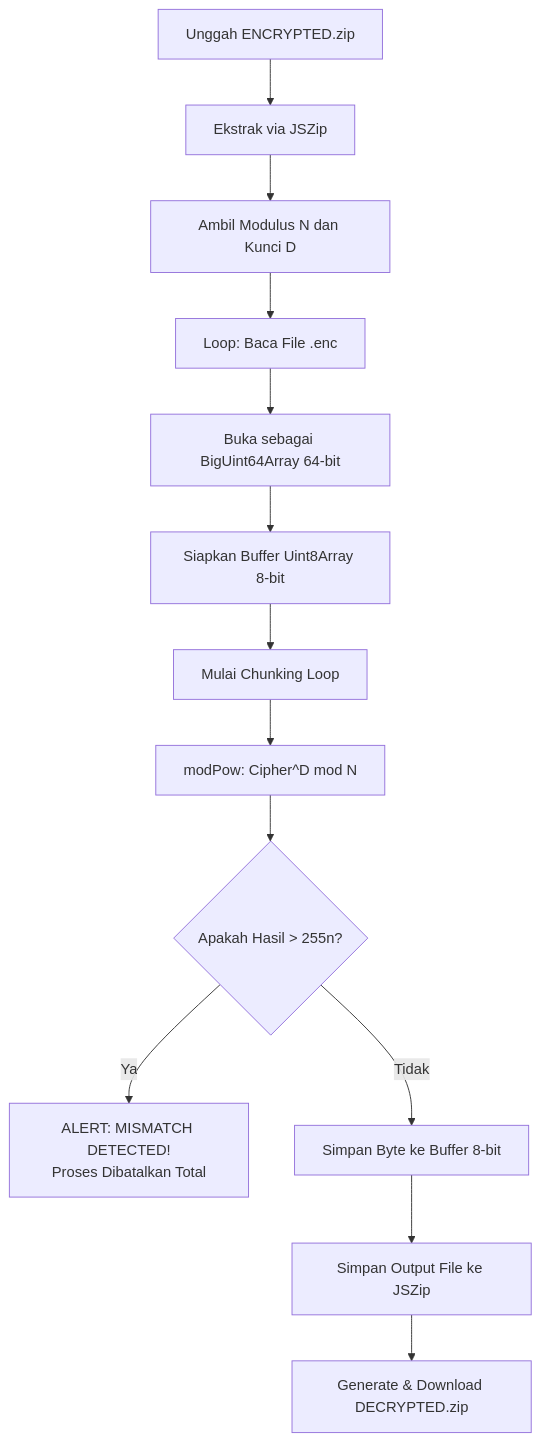
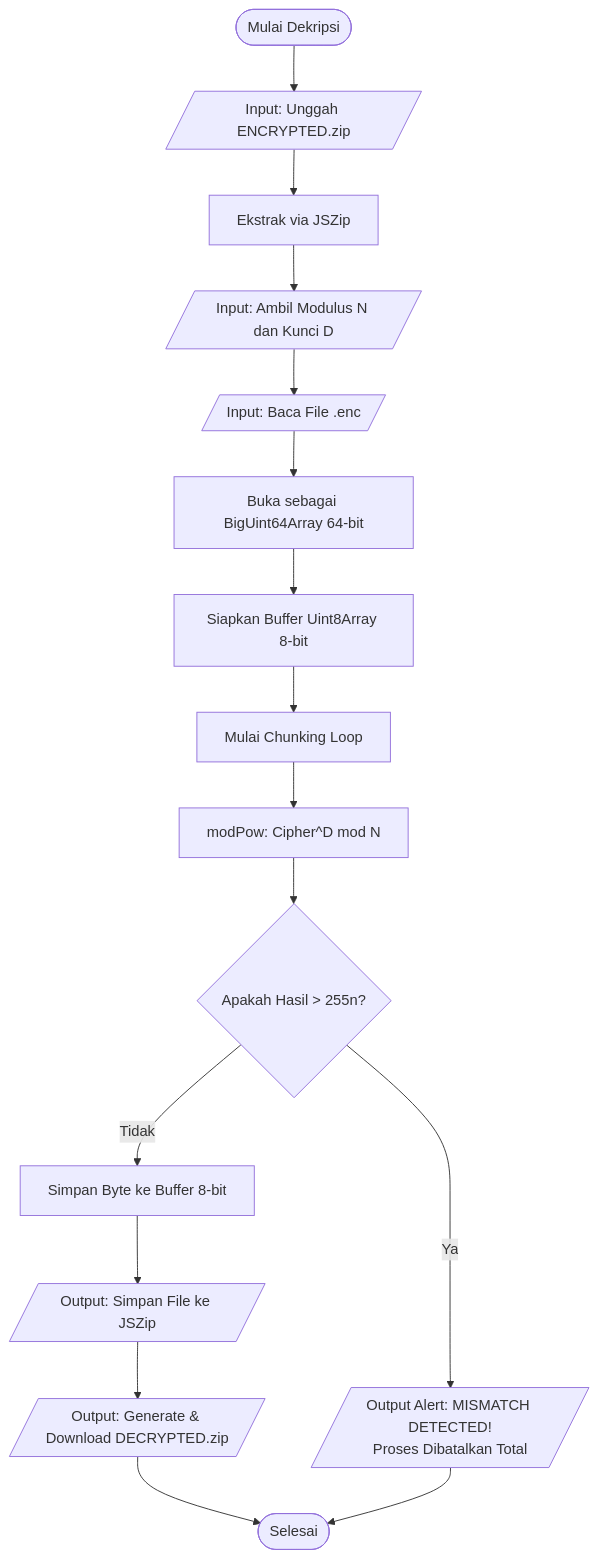
One commit to GrimmV26/BA-calculate-RSA changed the third of 3 diagrams in README.md. Above: the diagram before and after it, drawn with Mermaid. The commit also changed other lines of this file, not shown here.

````diff
--- a/README.md
+++ b/README.md
@@ -92,15 +91,18 @@
 ```mermaid
 graph TD
-    A[Unggah ENCRYPTED.zip] --> B[Ekstrak via JSZip]
-    B --> C[Ambil Modulus N dan Kunci D]
-    C --> D[Loop: Baca File .enc]
-    D --> E[Buka sebagai BigUint64Array 64-bit]
-    E --> F[Siapkan Buffer Uint8Array 8-bit]
-    F --> G[Mulai Chunking Loop]
-    G --> H[modPow: Cipher^D mod N]
-    H --> I{Apakah Hasil > 255n?}
-    I -- Ya --> J[ALERT: MISMATCH DETECTED!<br>Proses Dibatalkan Total]
-    I -- Tidak --> K[Simpan Byte ke Buffer 8-bit]
-    K --> L[Simpan Output File ke JSZip]
-    L --> M[Generate & Download DECRYPTED.zip]
+    A([Mulai Dekripsi]) --> B[/Input: Unggah ENCRYPTED.zip/]
+    B --> C[Ekstrak via JSZip]
+    C --> D[/Input: Ambil Modulus N dan Kunci D/]
+    D --> E[/Input: Baca File .enc/]
+    E --> F[Buka sebagai BigUint64Array 64-bit]
+    F --> G[Siapkan Buffer Uint8Array 8-bit]
+    G --> H[Mulai Chunking Loop]
+    H --> I[modPow: Cipher^D mod N]
+    I --> J{Apakah Hasil > 255n?}
+    J -- Ya --> K[/Output Alert: MISMATCH DETECTED!<br>Proses Dibatalkan Total/]
+    J -- Tidak --> L[Simpan Byte ke Buffer 8-bit]
+    L --> M[/Output: Simpan File ke JSZip/]
+    M --> N[/Output: Generate & Download DECRYPTED.zip/]
+    N --> O([Selesai])
+    K --> O
 ```
````
